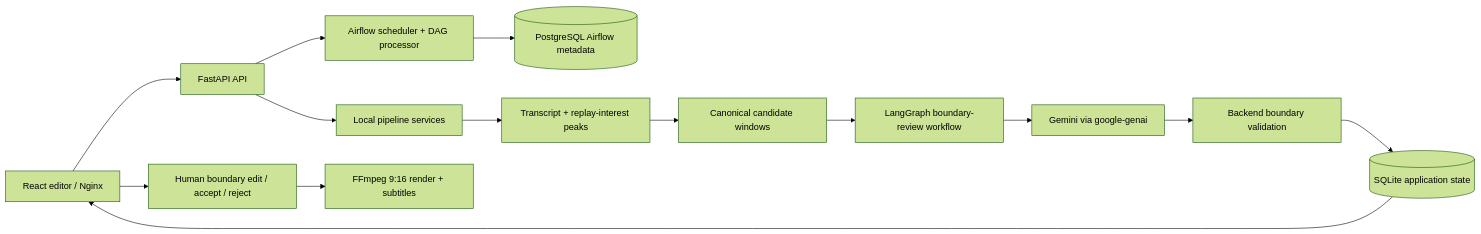
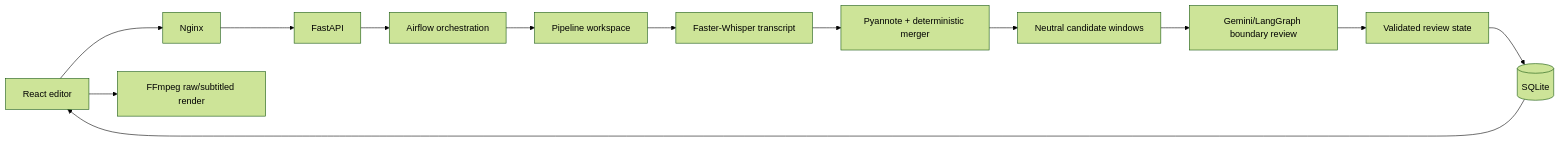
Before and after one commit to s194586/AI-Podcast-Clip-Cutter: the diagram in README.md, drawn with Mermaid (forest theme). The commit also changed other lines of this file and 43 other files, not shown here.

````diff
--- a/README.md
+++ b/README.md
@@ -33,16 +45,15 @@
 ```mermaid
 flowchart LR
-  U[React editor / Nginx] --> A[FastAPI API]
-  A --> O[Airflow scheduler + DAG processor]
-  O --> M[(PostgreSQL Airflow metadata)]
-  A --> P[Local pipeline services]
-  P --> T[Transcript + replay-interest peaks]
-  T --> C[Canonical candidate windows]
-  C --> R[LangGraph boundary-review workflow]
-  R --> G[Gemini via google-genai]
-  G --> V[Backend boundary validation]
-  V --> D[(SQLite application state)]
-  D --> U
-  U --> E[Human boundary edit / accept / reject]
-  E --> F[FFmpeg 9:16 render + subtitles]
+  U[React editor] --> N[Nginx]
+  N --> A[FastAPI]
+  A --> O[Airflow orchestration]
+  O --> W[Pipeline workspace]
+  W --> T[Faster-Whisper transcript]
+  T --> D[Pyannote + deterministic merger]
+  D --> C[Neutral candidate windows]
+  C --> G[Gemini/LangGraph boundary review]
+  G --> V[Validated review state]
+  V --> S[(SQLite)]
+  S --> U
+  U --> F[FFmpeg raw/subtitled render]
 ```
````
